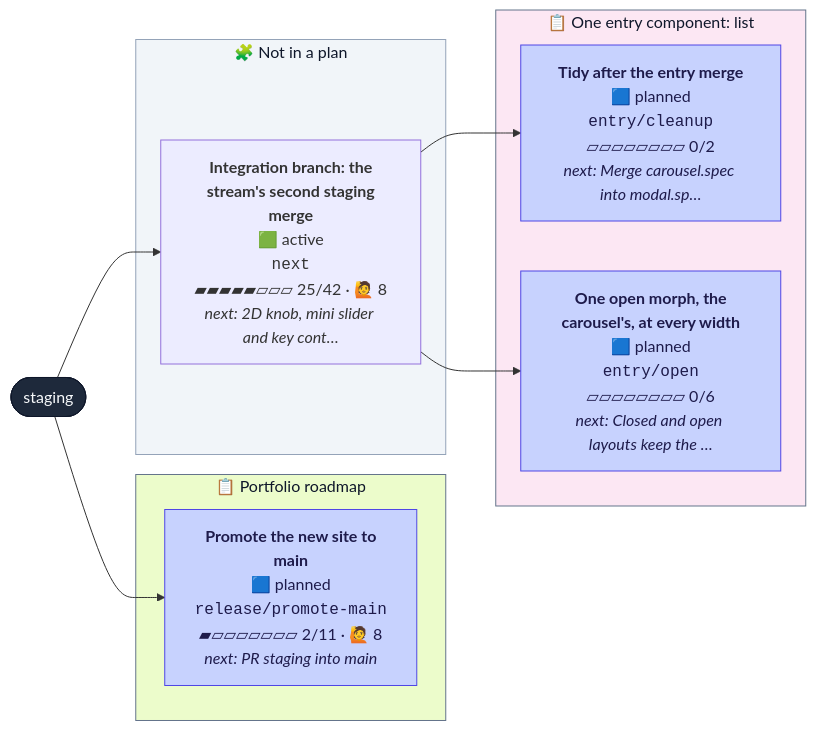
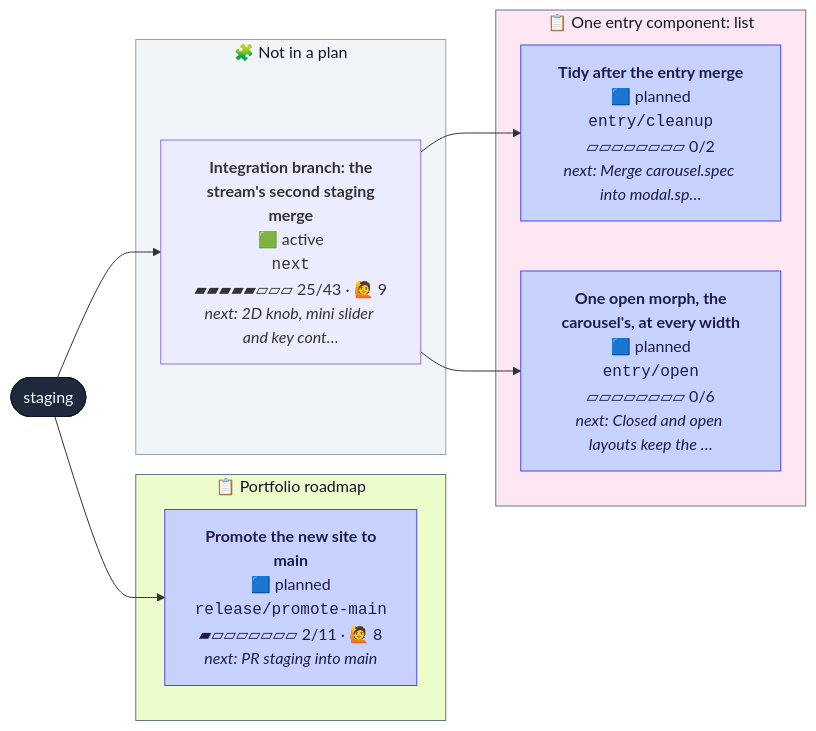
The second of 2 diagrams in CONTRIBUTING.md (henryjonescodes/portfolio), drawn with Mermaid before and after one commit. The commit also changed other lines of this file and 1 other file, not shown here.

````diff
--- a/CONTRIBUTING.md
+++ b/CONTRIBUTING.md
@@ -78,35 +78,35 @@
 ```mermaid
 flowchart LR
   n_staging([staging])
   class n_staging trunk
   subgraph plan_1["📋 One entry component: list"]
     n_entry_cleanup["<b>Tidy after the entry merge</b><br/>🟦 planned<br/><code>entry/cleanup</code><br/>▱▱▱▱▱▱▱▱ 0/2<br/><i>next: Merge carousel.spec into modal.sp…</i>"]
     class n_entry_cleanup planned
     n_entry_open["<b>One open morph, the<br/>carousel's, at every width</b><br/>🟦 planned<br/><code>entry/open</code><br/>▱▱▱▱▱▱▱▱ 0/6<br/><i>next: Closed and open layouts keep the …</i>"]
     class n_entry_open planned
   end
   style plan_1 fill:#fce7f3,stroke:#64748b,color:#0f172a
   subgraph plan_2["📋 Portfolio roadmap"]
     n_release_promote_main["<b>Promote the new site to<br/>main</b><br/>🟦 planned<br/><code>release/promote-main</code><br/>▰▱▱▱▱▱▱▱ 2/11 · 🙋 8<br/><i>next: PR staging into main</i>"]
     class n_release_promote_main planned
   end
   style plan_2 fill:#ecfccb,stroke:#64748b,color:#0f172a
   subgraph loose["🧩 Not in a plan"]
-    n_next["<b>Integration branch: the<br/>stream's second staging<br/>merge</b><br/>🟩 active<br/><code>next</code><br/>▰▰▰▰▰▱▱▱ 25/42 · 🙋 8<br/><i>next: 2D knob, mini slider and key cont…</i>"]
+    n_next["<b>Integration branch: the<br/>stream's second staging<br/>merge</b><br/>🟩 active<br/><code>next</code><br/>▰▰▰▰▰▱▱▱ 25/43 · 🙋 9<br/><i>next: 2D knob, mini slider and key cont…</i>"]
     class n_next active,current
   end
   style loose fill:#f1f5f9,stroke:#94a3b8,color:#0f172a
   n_next --> n_entry_cleanup
   n_next --> n_entry_open
   n_staging --> n_next
   n_staging --> n_release_promote_main
   classDef merged fill:#dcfce7,stroke:#16a34a,color:#052e16
   classDef todo fill:#ffffff,stroke:#94a3b8,stroke-dasharray:2 2,color:#334155
   classDef planned fill:#c7d2fe,stroke:#4f46e5,color:#1e1b4b
   classDef sketched fill:#f8fafc,stroke:#64748b,stroke-dasharray:4 3,color:#334155
   classDef active fill:#bbf7d0,stroke:#16a34a,stroke-width:3px,color:#052e16
   classDef review fill:#fde68a,stroke:#d97706,stroke-width:3px,color:#451a03
   classDef blocked fill:#fecaca,stroke:#dc2626,stroke-width:3px,color:#450a0a
   classDef trunk fill:#1e293b,stroke:#0f172a,color:#f8fafc
   classDef current stroke:#0ea5e9,stroke-width:5px
 ```
````
